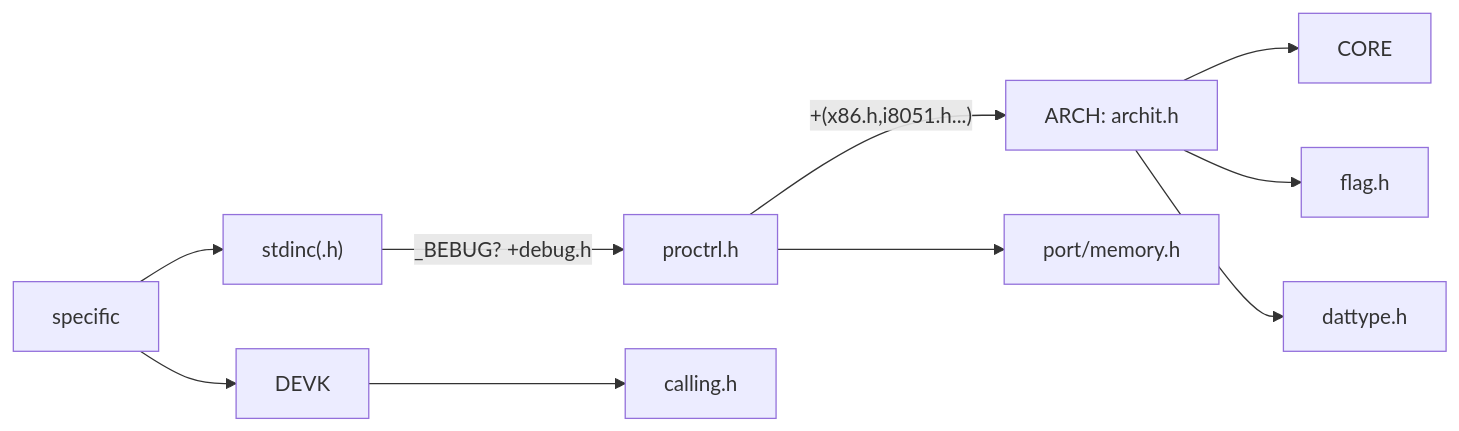
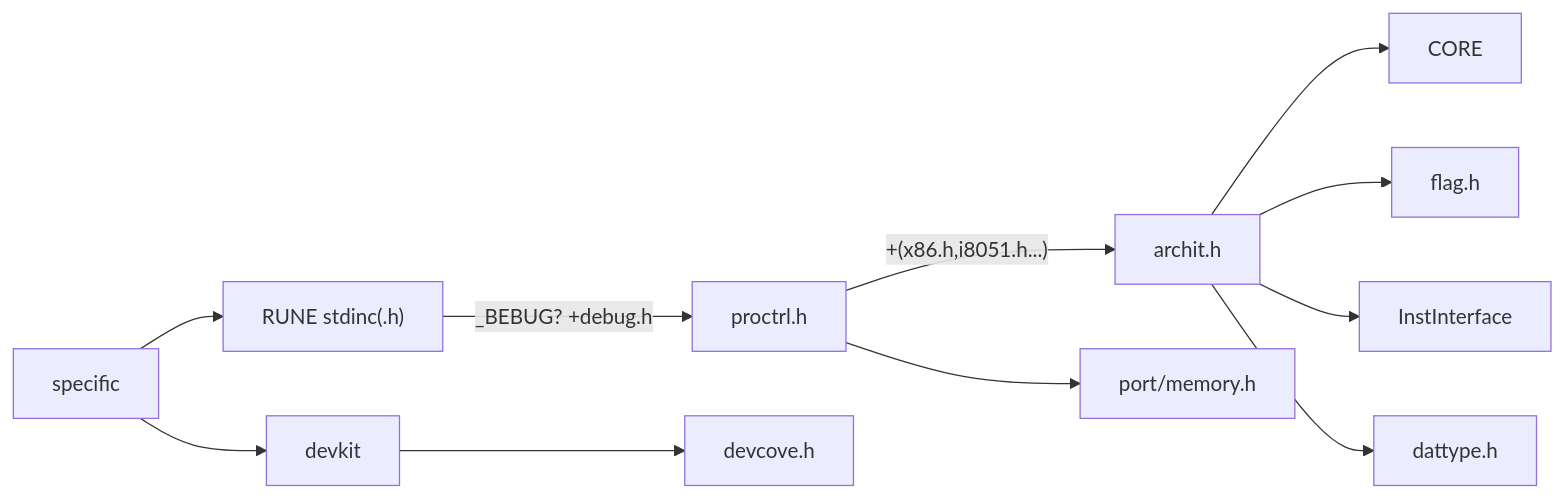
The third of 4 diagrams in doc/www.unisym.org/en/6-Depend.md (ArinaMgk/unisym), drawn with Mermaid before and after one commit. The commit also changed other lines of this file and 22 other files, not shown here.

````diff
--- a/doc/www.unisym.org/en/6-Depend.md
+++ b/doc/www.unisym.org/en/6-Depend.md
@@ -86,13 +109,14 @@
 ```mermaid
 graph LR
 	alice[CORE]
-	arch["ARCH: archit.h"]
-	arch-->alice
-	arch-->flag.h
+	ARCH[archit.h]
+	ARCH-->alice
+	ARCH-->flag.h
+	ARCH-->InstInterface
 	proctrl[proctrl.h]-->port/memory.h
-	proctrl--+(x86.h,i8051.h...)-->arch-->dattype.h
-	stdinc["stdinc(.h)"]
+	proctrl--+(x86.h,i8051.h...)-->ARCH-->dattype.h
+	stdinc["RUNE stdinc(.h)"]
 	stdinc--"_BEBUG? +debug.h"-->proctrl
-	specific-->stdinc
-	specific-->DEVK-->calling[calling.h]
+	SPCF[specific]-->stdinc
+	SPCF-->DEVK[devkit]-->DCOV[devcove.h]
 ```
````
